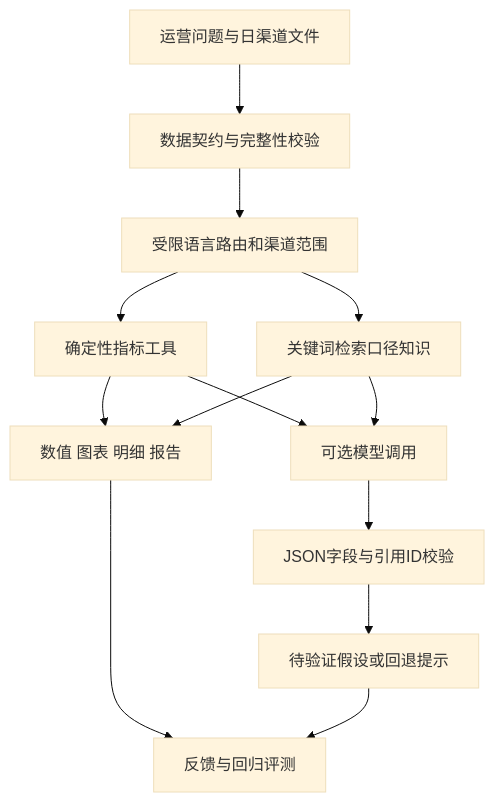
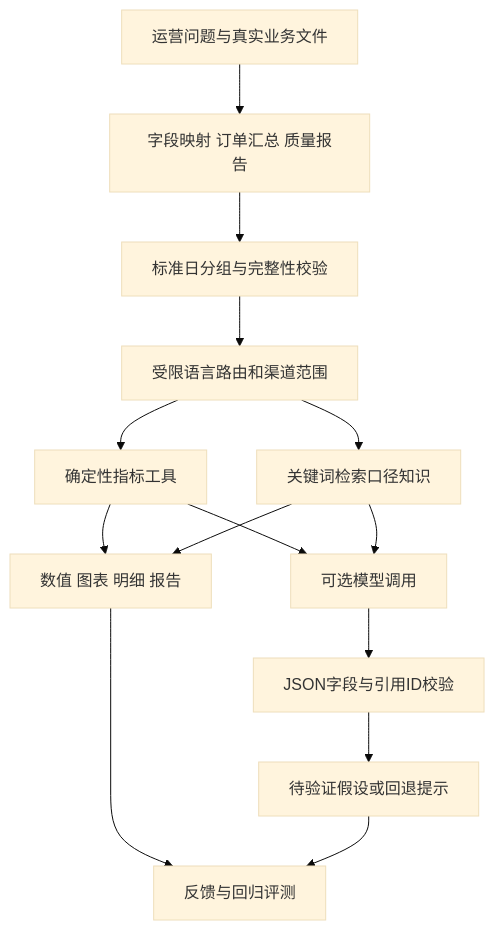
Before and after one commit to Casper032517ZLOVEYL/Casper032517: the diagram in docs/ARCHITECTURE.md, drawn with Mermaid (base theme). The commit also changed other lines of this file and 43 other files, not shown here.

````diff
--- a/docs/ARCHITECTURE.md
+++ b/docs/ARCHITECTURE.md
@@ -3,15 +3,16 @@
 ```mermaid
 flowchart TD
-  U["运营问题与日渠道文件"] --> D["数据契约与完整性校验"]
+  U["运营问题与真实业务文件"] --> I["字段映射 订单汇总 质量报告"]
+  I --> D["标准日分组与完整性校验"]
   D --> P["受限语言路由和渠道范围"]
   P --> T["确定性指标工具"]
   P --> K["关键词检索口径知识"]
   T --> R["数值 图表 明细 报告"]
   T --> M["可选模型调用"]
   K --> M
   M --> V["JSON字段与引用ID校验"]
   V --> H["待验证假设或回退提示"]
   K --> R
   R --> E["反馈与回归评测"]
   H --> E
 ```
````
